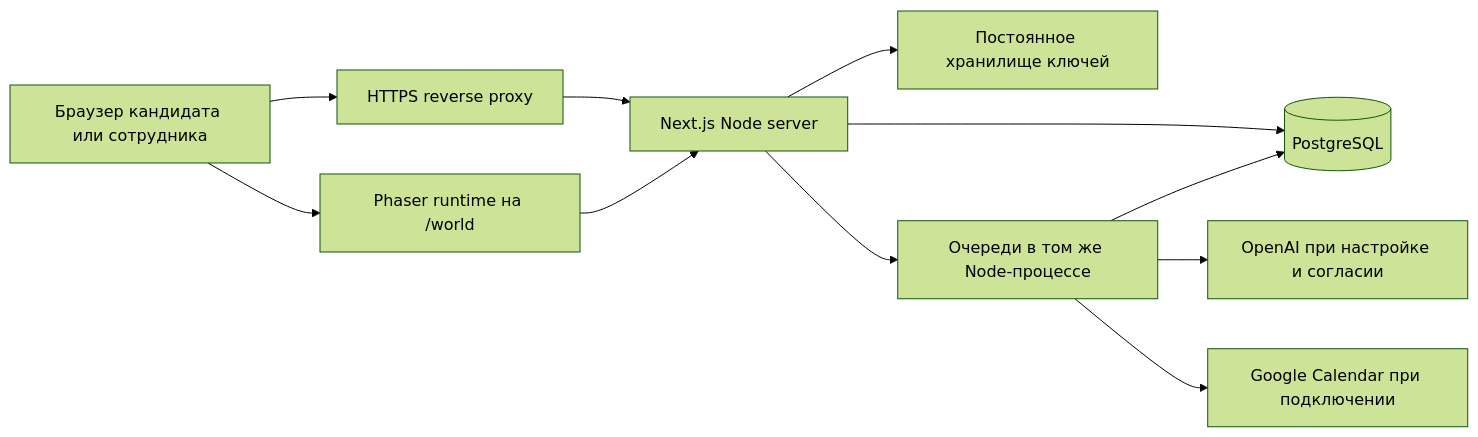
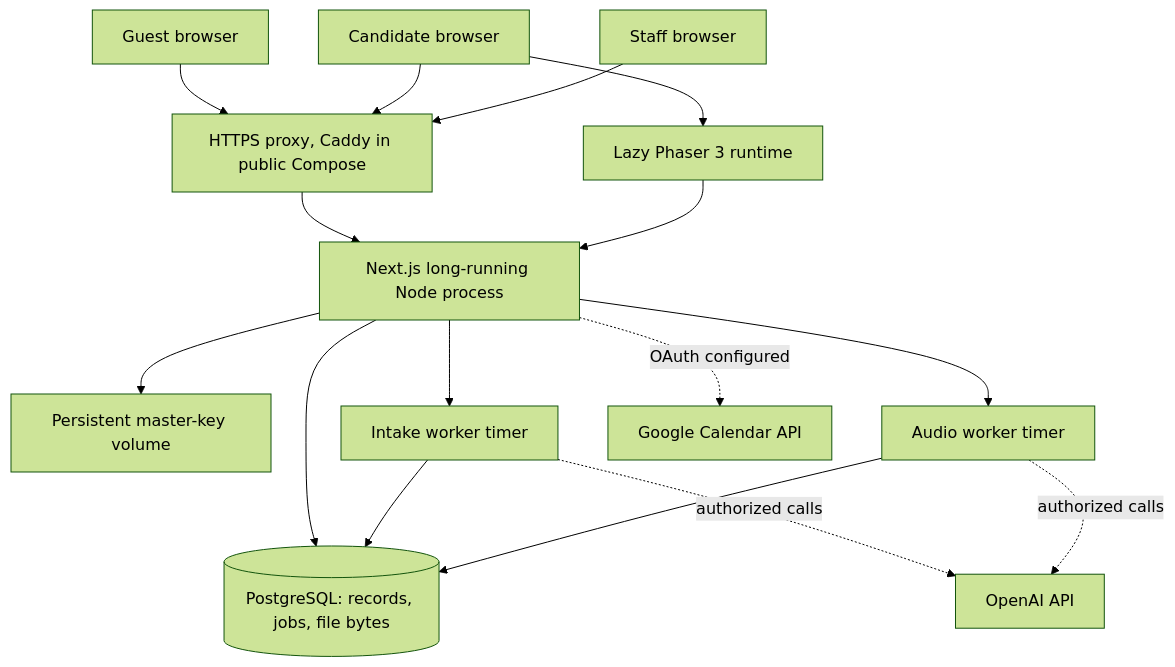
The diagram in ARCHITECTURE.md (BAITC-Hacks/hack-051a0227-dogs), drawn with Mermaid (forest theme) before and after one commit. The commit also changed other lines of this file and 9 other files, not shown here.

Commit message:
docs: package current AI Leader ID architecture and deployment

````diff
--- a/ARCHITECTURE.md
+++ b/ARCHITECTURE.md
@@ -7,13 +9,18 @@
 ```mermaid
-flowchart LR
-  Browser[Браузер кандидата или сотрудника] --> Proxy[HTTPS reverse proxy]
-  Proxy --> Next[Next.js Node server]
-  Next --> DB[(PostgreSQL)]
-  Next --> Vault[Постоянное хранилище ключей]
-  Next --> Worker[Очереди в том же Node-процессе]
-  Worker --> DB
-  Worker --> OpenAI[OpenAI при настройке и согласии]
-  Worker --> Google[Google Calendar при подключении]
-  Browser --> Game[Phaser runtime на /world]
-  Game --> Next
+flowchart TB
+  Guest[Guest browser] --> Proxy[HTTPS proxy, Caddy in public Compose]
+  Candidate[Candidate browser] --> Proxy
+  Staff[Staff browser] --> Proxy
+  Proxy --> Next[Next.js long-running Node process]
+  Next --> PG[(PostgreSQL: records, jobs, file bytes)]
+  Next --> Vault[Persistent master-key volume]
+  Next --> Intake[Intake worker timer]
+  Next --> Audio[Audio worker timer]
+  Intake --> PG
+  Audio --> PG
+  Intake -. authorized calls .-> OpenAI[OpenAI API]
+  Audio -. authorized calls .-> OpenAI
+  Next -. OAuth configured .-> Google[Google Calendar API]
+  Candidate --> Phaser[Lazy Phaser 3 runtime]
+  Phaser --> Next
 ```
````
